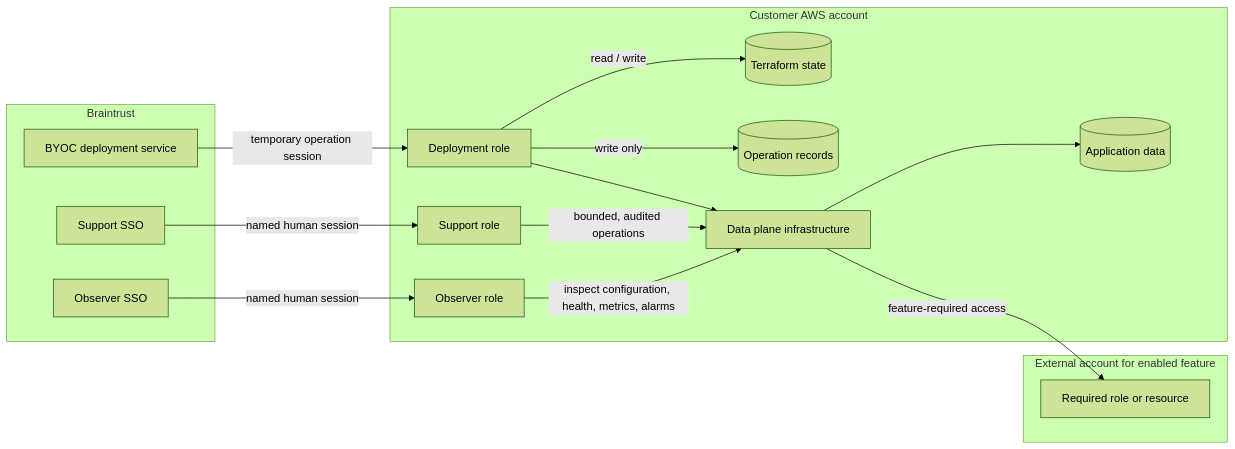
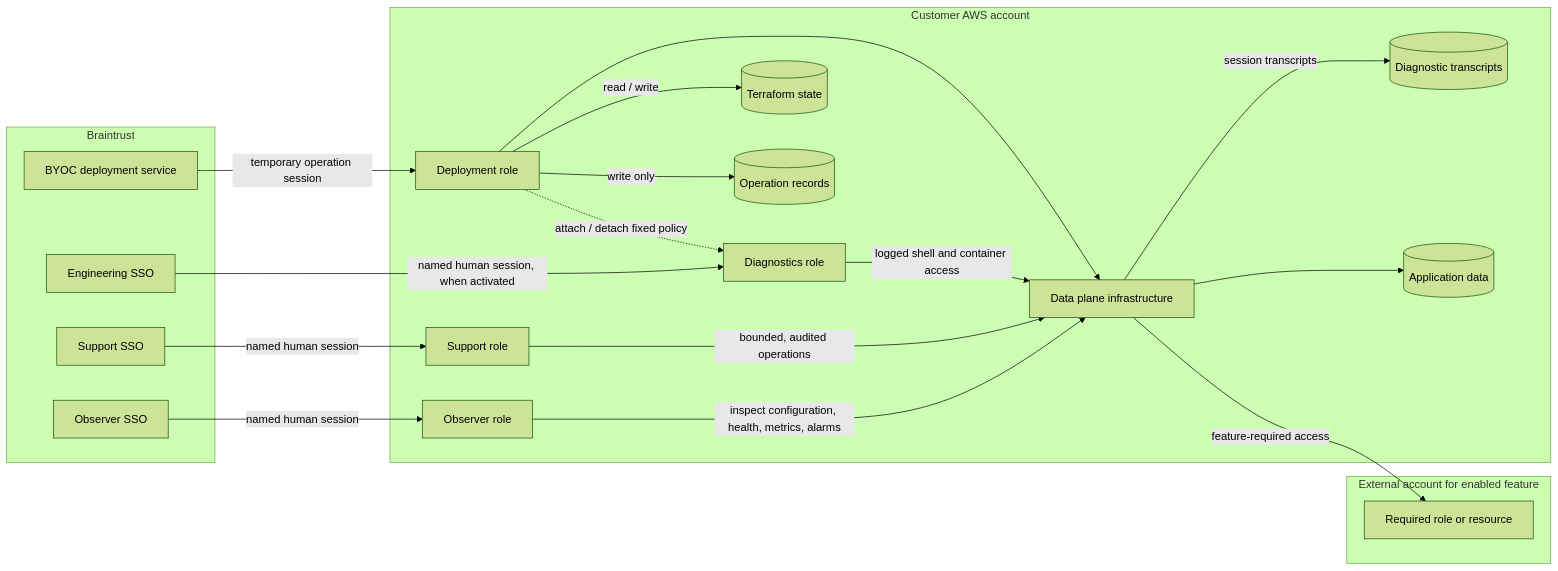
One commit to braintrustdata/terraform-aws-braintrust-data-plane changed the first of 2 diagrams in managed-byoc-v2/README.md. Above: the diagram before and after it, drawn with Mermaid (forest theme). The commit also changed other lines of this file and 19 other files, not shown here.

Commit message:
Extend BYOC v2 Diagnostics access and audit guidance

````diff
--- a/managed-byoc-v2/README.md
+++ b/managed-byoc-v2/README.md
@@ -36,33 +38,40 @@
 ```mermaid
 flowchart LR
     subgraph Braintrust
         M[BYOC deployment service]
         H[Support SSO]
         O[Observer SSO]
+        E[Engineering SSO]
     end
 
     subgraph Customer AWS account
         D[Deployment role]
         S[Support role]
         R[Observer role]
+        G[Diagnostics role]
+        C[(Diagnostic transcripts)]
         T[(Terraform state)]
         L[(Operation records)]
         I[Data plane infrastructure]
         A[(Application data)]
     end
 
     subgraph External account for enabled feature
         X[Required role or resource]
     end
 
     M -->|temporary operation session| D
     H -->|named human session| S
     O -->|named human session| R
     D -->|read / write| T
     D -->|write only| L
     D --> I
+    D -.->|attach / detach fixed policy| G
+    E -->|named human session, when activated| G
+    G -->|logged shell and container access| I
+    I -->|session transcripts| C
     S -->|bounded, audited operations| I
     R -->|inspect configuration, health, metrics, alarms| I
     I --> A
     I -->|feature-required access| X
 ```
````
